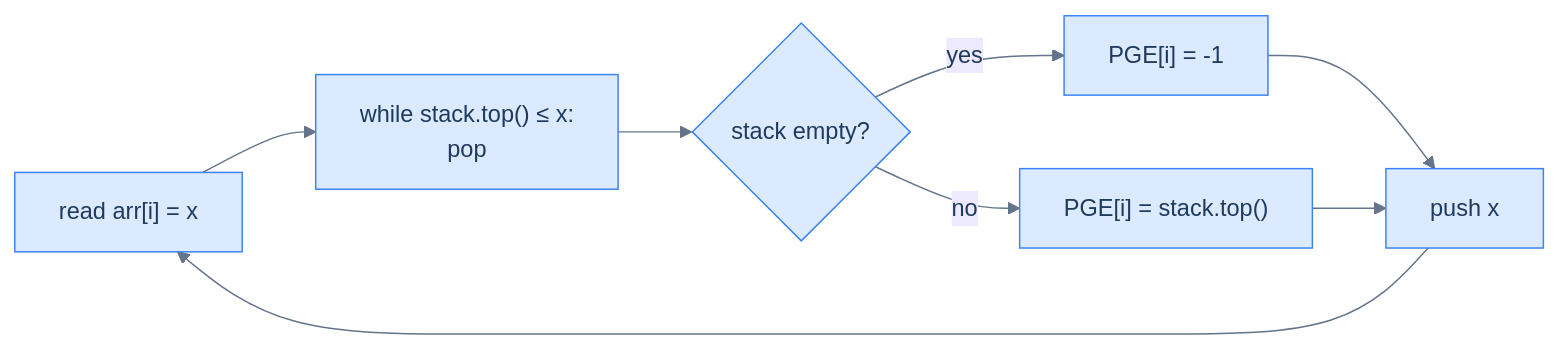
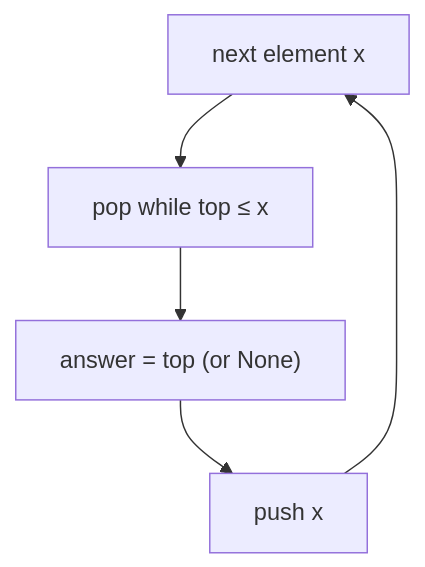
The diagram in content/cortex/data-structures-and-algorithms/02-linear-structures/05-stack/09-pattern-previous-closest-occurrence/01-pattern.md (ani2fun/codefolio), drawn with Mermaid before and after one commit. The commit also changed other lines of this file and 1049 other files, not shown here.

````diff
--- a/content/cortex/data-structures-and-algorithms/02-linear-structures/05-stack/09-pattern-previous-closest-occurrence/01-pattern.md
+++ b/content/cortex/data-structures-and-algorithms/02-linear-structures/05-stack/09-pattern-previous-closest-occurrence/01-pattern.md
@@ -55,21 +42,7 @@
 ```mermaid
----
-config:
-  theme: base
-  themeVariables:
-    primaryColor: "#dbeafe"
-    primaryBorderColor: "#3b82f6"
-    primaryTextColor: "#1e3a5f"
-    lineColor: "#64748b"
-    secondaryColor: "#ede9fe"
-    tertiaryColor: "#fef9c3"
----
-flowchart LR
-    R["read arr[i] = x"] --> POP["while stack.top() ≤ x:<br/>pop"]
-    POP --> CHK{"stack empty?"}
-    CHK -->|"yes"| W1["PGE[i] = -1"]
-    CHK -->|"no"| W2["PGE[i] = stack.top()"]
-    W1 --> PUSH["push x"]
-    W2 --> PUSH
-    PUSH --> R
+flowchart TB
+  N["next element x"] --> P["pop while top ≤ x"]
+  P --> R["answer = top (or None)"]
+  R --> PU["push x"]
+  PU --> N
 ```
````
